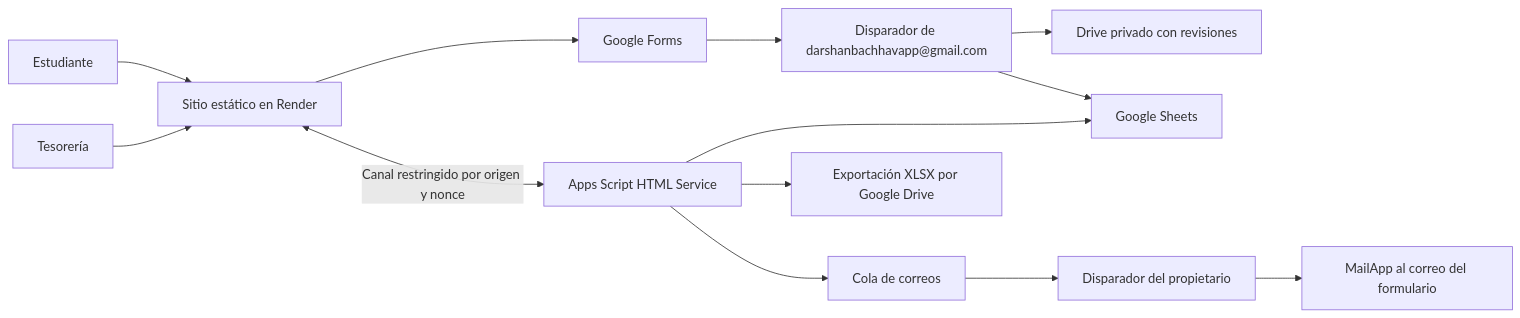
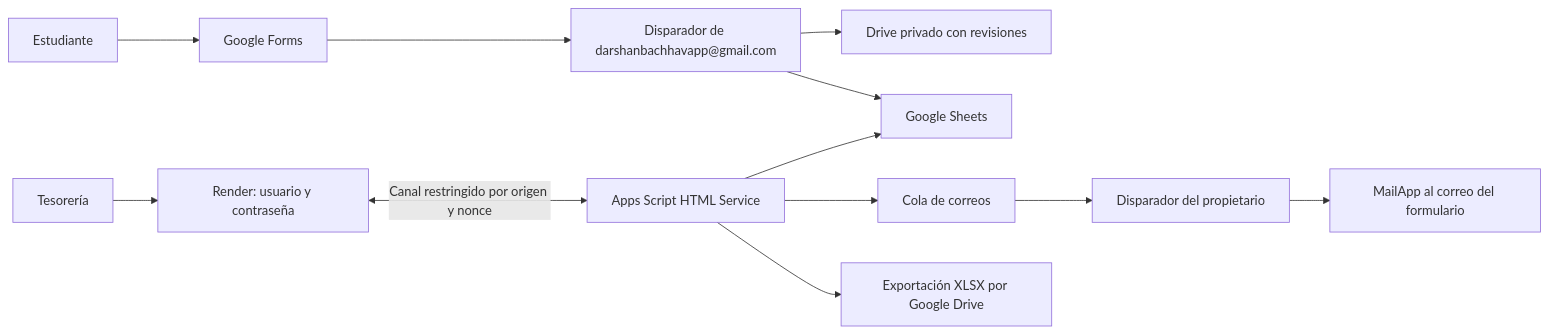
Before and after one commit to darshanbachhav0/uma-descuentos-corporativos: the diagram in docs/ARCHITECTURE.md, drawn with Mermaid. The commit also changed other lines of this file and 37 other files, not shown here.

````diff
--- a/docs/ARCHITECTURE.md
+++ b/docs/ARCHITECTURE.md
@@ -3,15 +3,14 @@
 ```mermaid
 flowchart LR
-  S[Estudiante] --> W[Sitio estático en Render]
-  W --> F[Google Forms]
+  S[Estudiante] --> F[Google Forms]
+  R[Tesorería] --> W[Render: usuario y contraseña]
   F --> T[Disparador de darshanbachhavapp@gmail.com]
   T --> D[Drive privado con revisiones]
   T --> B[Google Sheets]
-  R[Tesorería] --> W
   W <-->|Canal restringido por origen y nonce| G[Apps Script HTML Service]
   G --> B
   G --> Q[Cola de correos]
   Q --> O[Disparador del propietario]
   O --> M[MailApp al correo del formulario]
   G --> X[Exportación XLSX por Google Drive]
 ```
````
